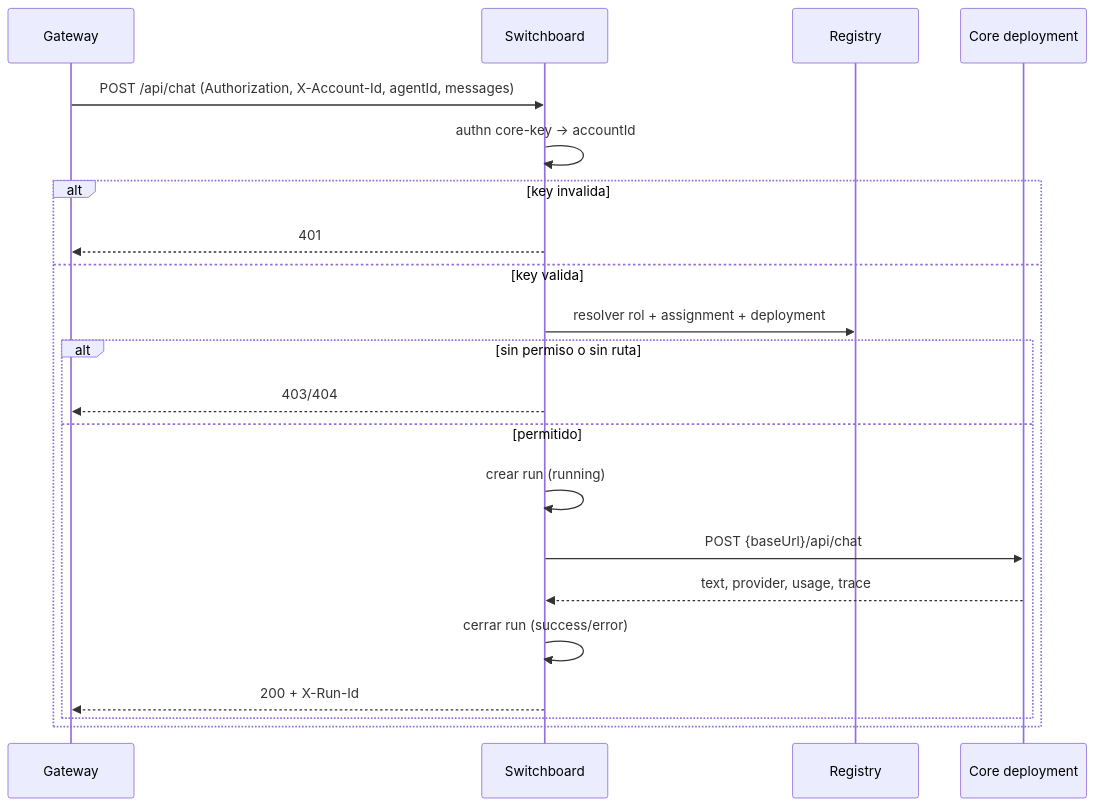
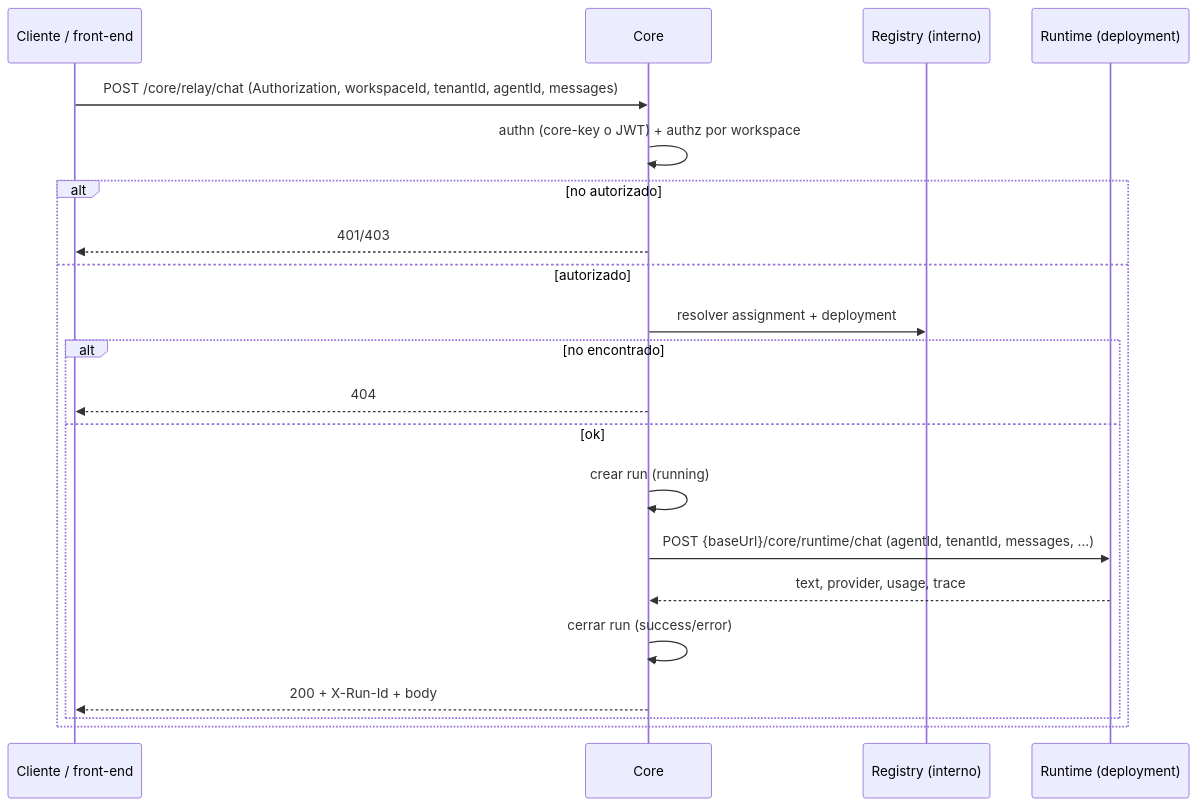
Before and after one commit to alvaroemur/ennui-agents-core: the second of 3 diagrams in docs/playbook/architecture.md, drawn with Mermaid. The commit also changed other lines of this file and 78 other files, not shown here.

First line of the commit message:
chore(core): consolidar runtime interno y contrato documental

````diff
--- a/docs/playbook/architecture.md
+++ b/docs/playbook/architecture.md
@@ -94,24 +93,24 @@
 ```mermaid
 sequenceDiagram
-    participant G as Gateway
-    participant S as Switchboard
-    participant R as Registry
-    participant C as Core deployment
+    participant G as Cliente / front-end
+    participant C as Core
+    participant R as Registry (interno)
+    participant RT as Runtime (deployment)
 
-    G->>S: POST /api/chat (Authorization, X-Account-Id, agentId, messages)
-    S->>S: authn core-key -> accountId
-    alt key invalida
-        S-->>G: 401
-    else key valida
-        S->>R: resolver rol + assignment + deployment
-        alt sin permiso o sin ruta
-            S-->>G: 403/404
-        else permitido
-            S->>S: crear run (running)
-            S->>C: POST {baseUrl}/api/chat
-            C-->>S: text, provider, usage, trace
-            S->>S: cerrar run (success/error)
-            S-->>G: 200 + X-Run-Id
+    G->>C: POST /core/relay/chat (Authorization, workspaceId, tenantId, agentId, messages)
+    C->>C: authn (core-key o JWT) + authz por workspace
+    alt no autorizado
+        C-->>G: 401/403
+    else autorizado
+        C->>R: resolver assignment + deployment
+        alt no encontrado
+            C-->>G: 404
+        else ok
+            C->>C: crear run (running)
+            C->>RT: POST {baseUrl}/core/runtime/chat (agentId, tenantId, messages, ...)
+            RT-->>C: text, provider, usage, trace
+            C->>C: cerrar run (success/error)
+            C-->>G: 200 + X-Run-Id + body
         end
     end
 ```
````
